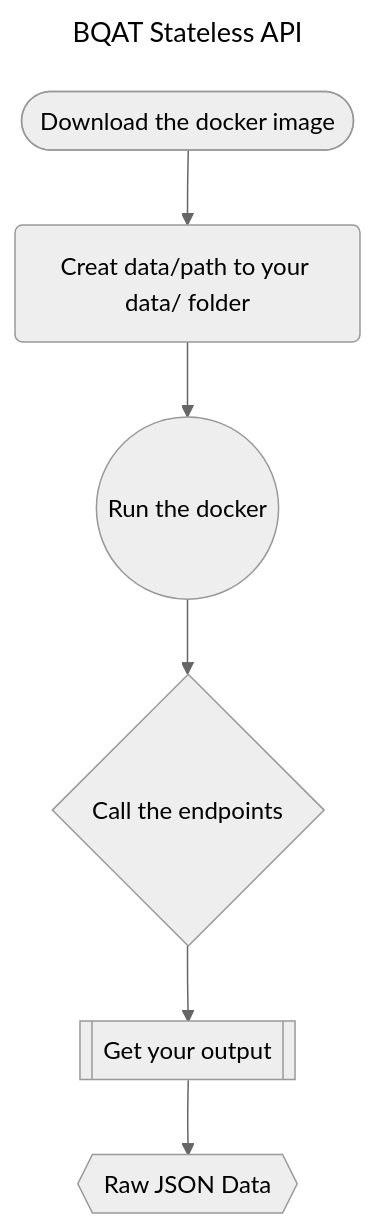
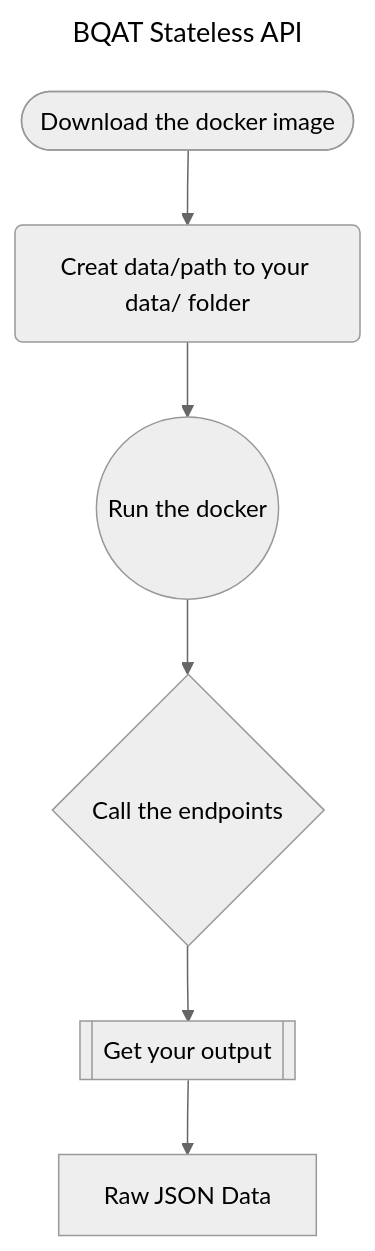
Before and after one commit to Biometix/biometix.github.io: the diagram in solutions/stateless.md, drawn with Mermaid (neutral theme). The commit also changed 3 other files, not shown here.

````diff
--- a/solutions/stateless.md
+++ b/solutions/stateless.md
@@ -21,13 +21,13 @@
 ``` mermaid
 ---
 title: BQAT Stateless API
 ---
 graph TD
     download([Download the docker image]) --> data(Creat data/path to your data/ folder)
     data(Creat data/path to your data/ folder) --> run((Run the docker))
     run((Run the docker)) --> endpoints{Call the endpoints}
     endpoints{Call the endpoints} --> output[[Get your output]]
-    output[[Get your output]] --> json{{Raw JSON Data}}
+    output[[Get your output]] --> json[Raw JSON Data]
 
 
 ```
````
